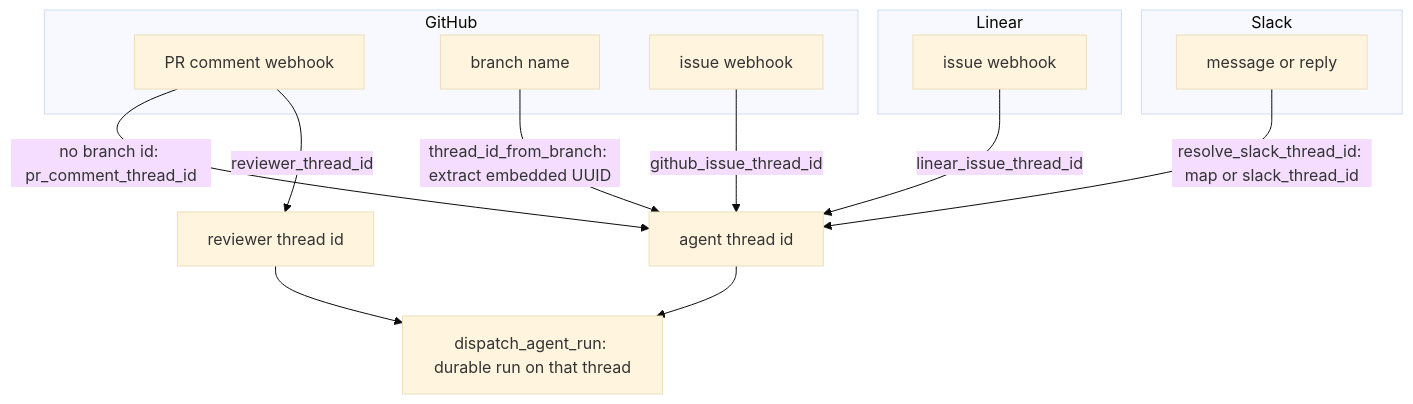
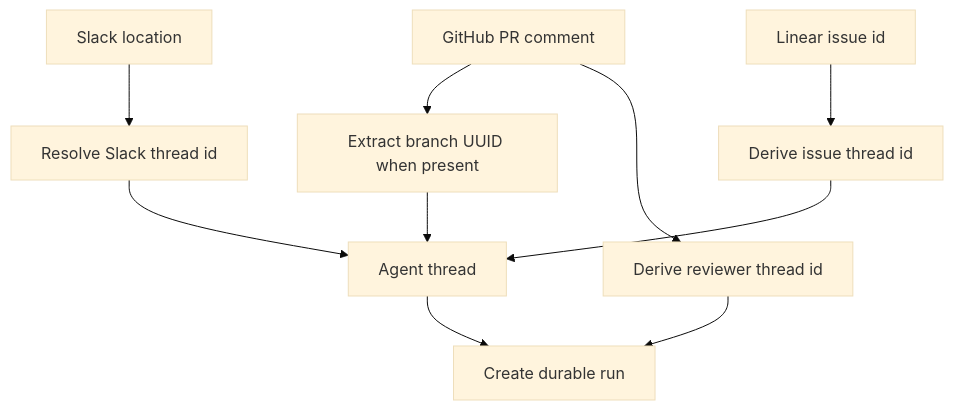
Before and after one commit to langchain-ai/open-swe: the first of 2 diagrams in openwiki/concepts/threads-and-state.md, drawn with Mermaid (base theme). The commit also changed other lines of this file and 52 other files, not shown here.

````diff
--- a/openwiki/concepts/threads-and-state.md
+++ b/openwiki/concepts/threads-and-state.md
@@ -99,24 +77,12 @@
 ```mermaid
 flowchart TD
-  subgraph GitHub
-    GHpr["PR comment webhook"]
-    GHbranch["branch name"]
-    GHissue["issue webhook"]
-  end
-  subgraph Linear
-    LNissue["issue webhook"]
-  end
-  subgraph Slack
-    SLmsg["message or reply"]
-  end
-
-  GHbranch -->|"thread_id_from_branch: extract embedded UUID"| TID["agent thread id"]
-  GHpr -->|"no branch id: pr_comment_thread_id"| TID
-  GHissue -->|"github_issue_thread_id"| TID
-  LNissue -->|"linear_issue_thread_id"| TID
-  SLmsg -->|"resolve_slack_thread_id: map or slack_thread_id"| TID
-  GHpr -->|"reviewer_thread_id"| RID["reviewer thread id"]
-
-  TID --> RUN["dispatch_agent_run: durable run on that thread"]
-  RID --> RUN
+  Slack["Slack location"] --> SlackID["Resolve Slack thread id"]
+  Linear["Linear issue id"] --> LinearID["Derive issue thread id"]
+  PR["GitHub PR comment"] --> Branch["Extract branch UUID when present"]
+  Branch --> AgentThread["Agent thread"]
+  SlackID --> AgentThread
+  LinearID --> AgentThread
+  PR --> Reviewer["Derive reviewer thread id"]
+  AgentThread --> Run["Create durable run"]
+  Reviewer --> Run
 ```
````
